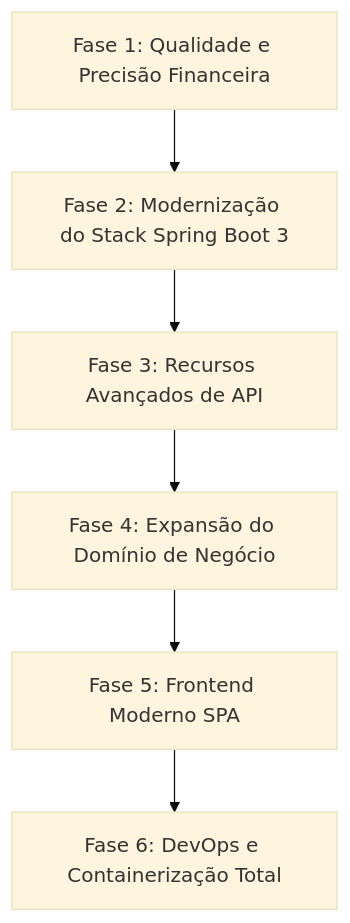
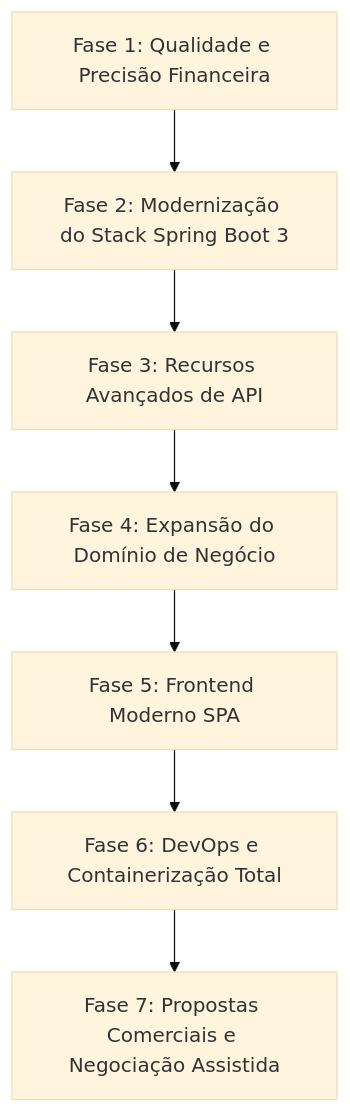
Before and after one commit to gomez1983/concessionariaGomez: the diagram in ROADMAP.md, drawn with Mermaid (base theme). The commit also changed other lines of this file and 91 other files, not shown here.

Commit message:
feat: implementa Fase 6 (DevOps) e Fase 7 (Propostas Comerciais, Motor Financeiro e Visao 360)

````diff
--- a/ROADMAP.md
+++ b/ROADMAP.md
@@ -20,8 +20,9 @@
 ```mermaid
 graph TD
     A[Fase 1: Qualidade e Precisão Financeira] --> B[Fase 2: Modernização do Stack Spring Boot 3]
     B --> C[Fase 3: Recursos Avançados de API]
     C --> D[Fase 4: Expansão do Domínio de Negócio]
     D --> E[Fase 5: Frontend Moderno SPA]
     E --> F[Fase 6: DevOps e Containerização Total]
+    F --> G[Fase 7: Propostas Comerciais e Negociação Assistida]
 ```
````
